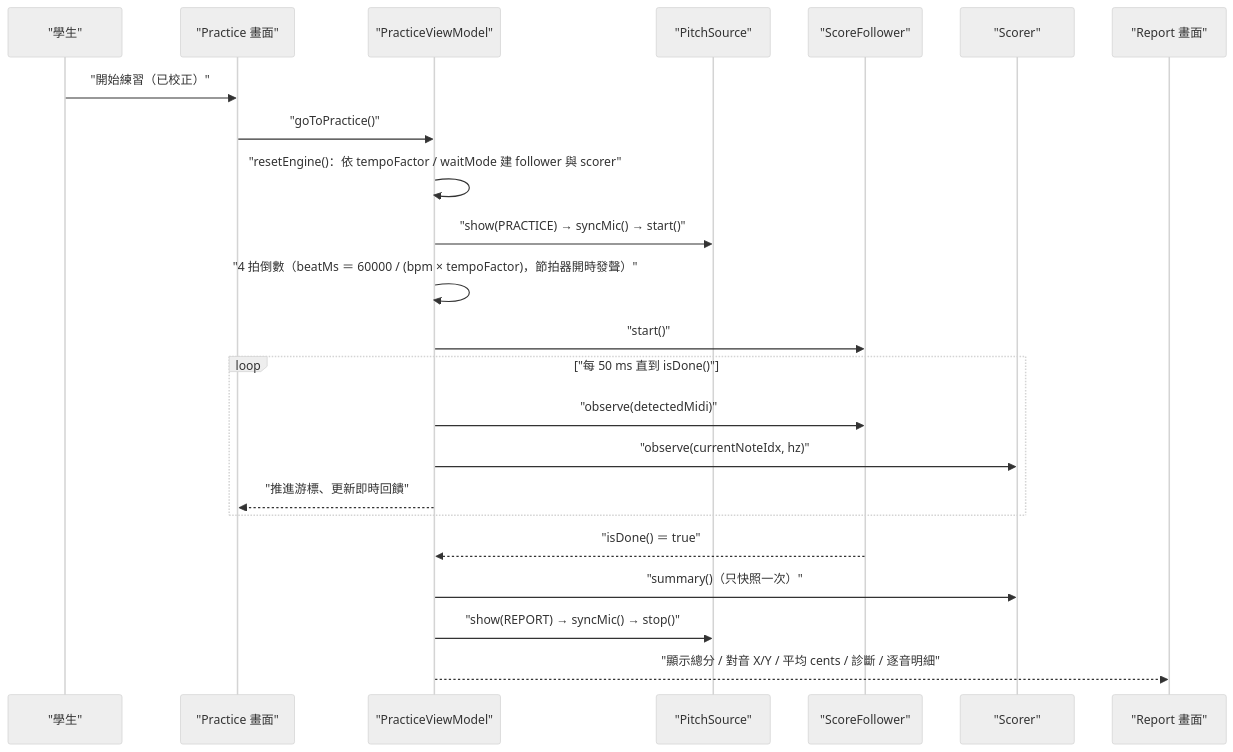
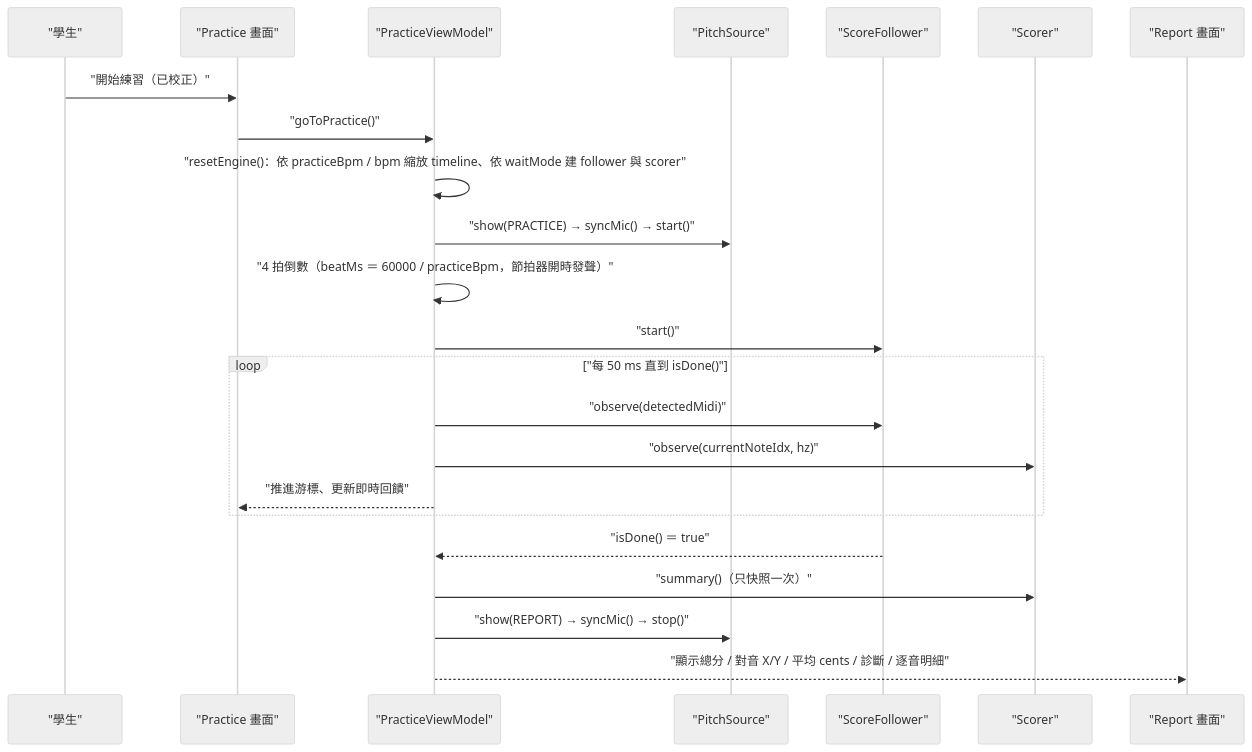
The third of 7 diagrams in docs/arc42/06_runtime_view.md (ue0705/music_app), drawn with Mermaid (neutral theme) before and after one commit. The commit also changed 15 other files, not shown here.

First line of the commit message:
feat: metronome-style practice tempo (quarter = N BPM) (v1.0.9)

````diff
--- a/docs/arc42/06_runtime_view.md
+++ b/docs/arc42/06_runtime_view.md
@@ -82,26 +82,26 @@
 ```mermaid
 sequenceDiagram
   participant U as "學生"
   participant UI as "Practice 畫面"
   participant VM as "PracticeViewModel"
   participant MIC as "PitchSource"
   participant SF as "ScoreFollower"
   participant SC as "Scorer"
   participant REP as "Report 畫面"
 
   U->>UI: "開始練習（已校正）"
   UI->>VM: "goToPractice()"
-  VM->>VM: "resetEngine()：依 tempoFactor / waitMode 建 follower 與 scorer"
+  VM->>VM: "resetEngine()：依 practiceBpm / bpm 縮放 timeline、依 waitMode 建 follower 與 scorer"
   VM->>MIC: "show(PRACTICE) → syncMic() → start()"
-  VM->>VM: "4 拍倒數（beatMs ＝ 60000 / (bpm × tempoFactor)，節拍器開時發聲）"
+  VM->>VM: "4 拍倒數（beatMs ＝ 60000 / practiceBpm，節拍器開時發聲）"
   VM->>SF: "start()"
   loop "每 50 ms 直到 isDone()"
     VM->>SF: "observe(detectedMidi)"
     VM->>SC: "observe(currentNoteIdx, hz)"
     VM-->>UI: "推進游標、更新即時回饋"
   end
   SF-->>VM: "isDone() ＝ true"
   VM->>SC: "summary()（只快照一次）"
   VM->>MIC: "show(REPORT) → syncMic() → stop()"
   VM-->>REP: "顯示總分 / 對音 X/Y / 平均 cents / 診斷 / 逐音明細"
 ```
````
